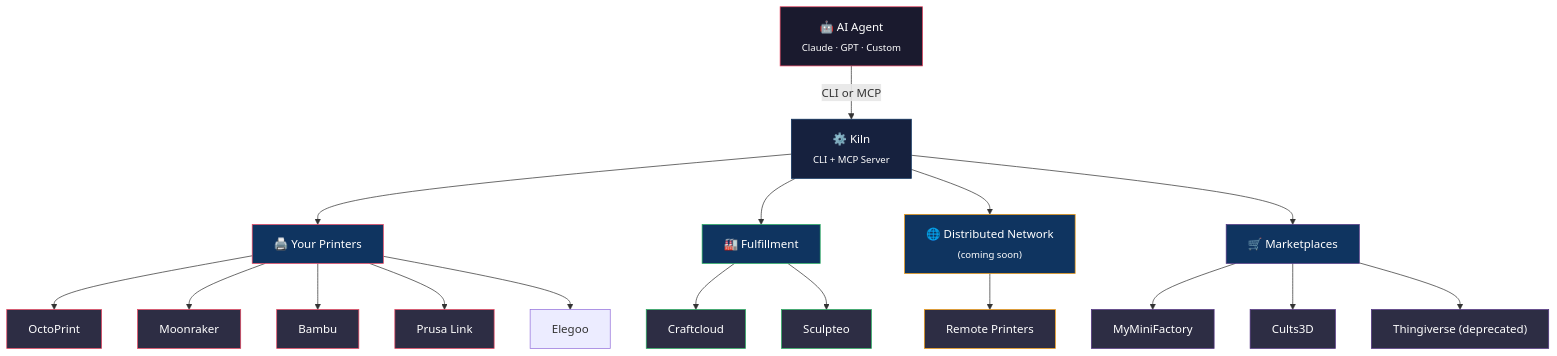
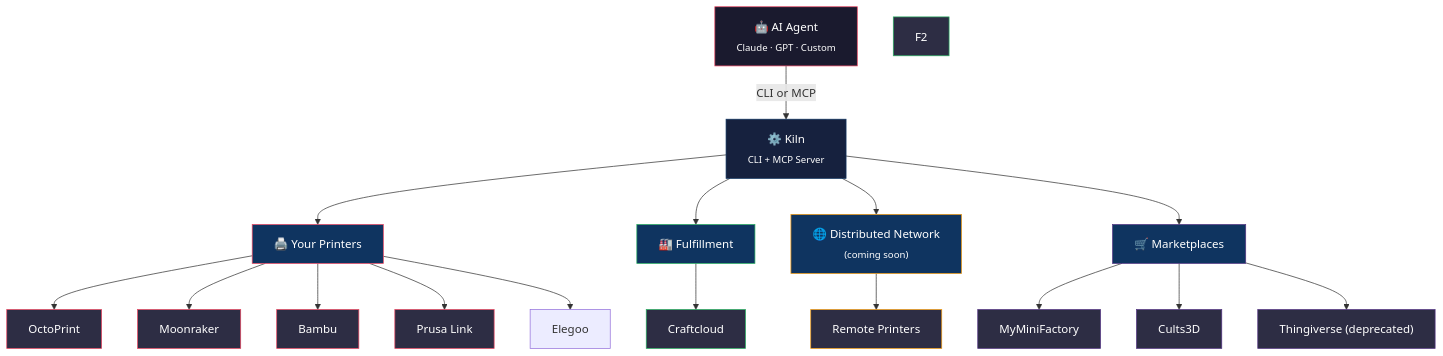
One commit to codeofaxel/Kiln changed the diagram in README.md. Above: the diagram before and after it, drawn with Mermaid. The commit also changed other lines of this file and 16 other files, not shown here.

````diff
--- a/README.md
+++ b/README.md
@@ -58,42 +58,41 @@
 ```mermaid
 graph TD
     A["🤖 AI Agent<br/><sub>Claude · GPT · Custom</sub>"]
     A -->|"CLI or MCP"| B["⚙️ Kiln<br/><sub>CLI + MCP Server</sub>"]
 
     B --> C["🖨️ Your Printers"]
     B --> F["🏭 Fulfillment"]
     B --> N["🌐 Distributed Network<br/><sub>(coming soon)</sub>"]
     B --> D["🛒 Marketplaces"]
 
     C --> E1["OctoPrint"]
     C --> E2["Moonraker"]
     C --> E3["Bambu"]
     C --> E4["Prusa Link"]
     C --> E5["Elegoo"]
 
     F --> F1["Craftcloud"]
-    F --> F2["Sculpteo"]
 
     N --> N1["Remote Printers"]
 
     D --> I["MyMiniFactory"]
     D --> J["Cults3D"]
     D --> H["Thingiverse (deprecated)"]
 
     style A fill:#1a1a2e,stroke:#e94560,color:#fff
     style B fill:#16213e,stroke:#0f3460,color:#fff
     style C fill:#0f3460,stroke:#e94560,color:#fff
     style F fill:#0f3460,stroke:#27ae60,color:#fff
     style N fill:#0f3460,stroke:#f39c12,color:#fff
     style D fill:#0f3460,stroke:#533483,color:#fff
     style E1 fill:#2d2d44,stroke:#e94560,color:#fff
     style E2 fill:#2d2d44,stroke:#e94560,color:#fff
     style E3 fill:#2d2d44,stroke:#e94560,color:#fff
     style E4 fill:#2d2d44,stroke:#e94560,color:#fff
     style F1 fill:#2d2d44,stroke:#27ae60,color:#fff
     style F2 fill:#2d2d44,stroke:#27ae60,color:#fff
     style N1 fill:#2d2d44,stroke:#f39c12,color:#fff
     style H fill:#2d2d44,stroke:#533483,color:#fff
     style I fill:#2d2d44,stroke:#533483,color:#fff
     style J fill:#2d2d44,stroke:#533483,color:#fff
 ```
````
